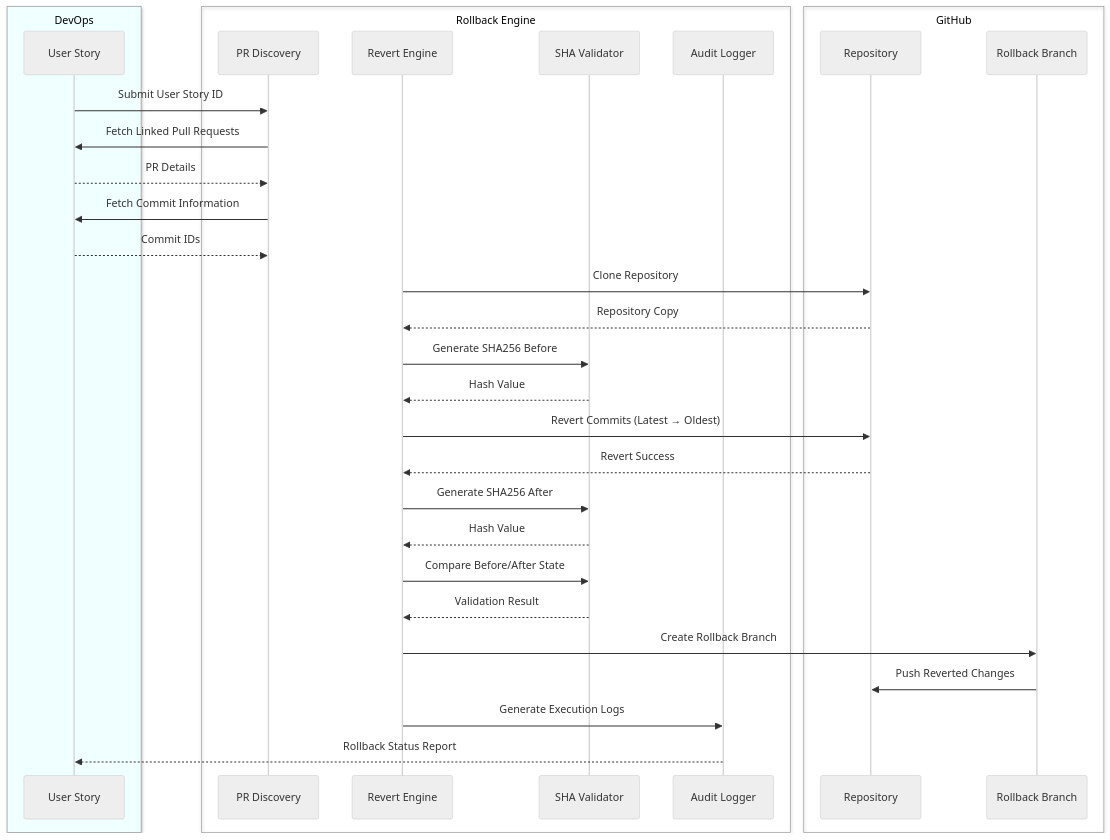
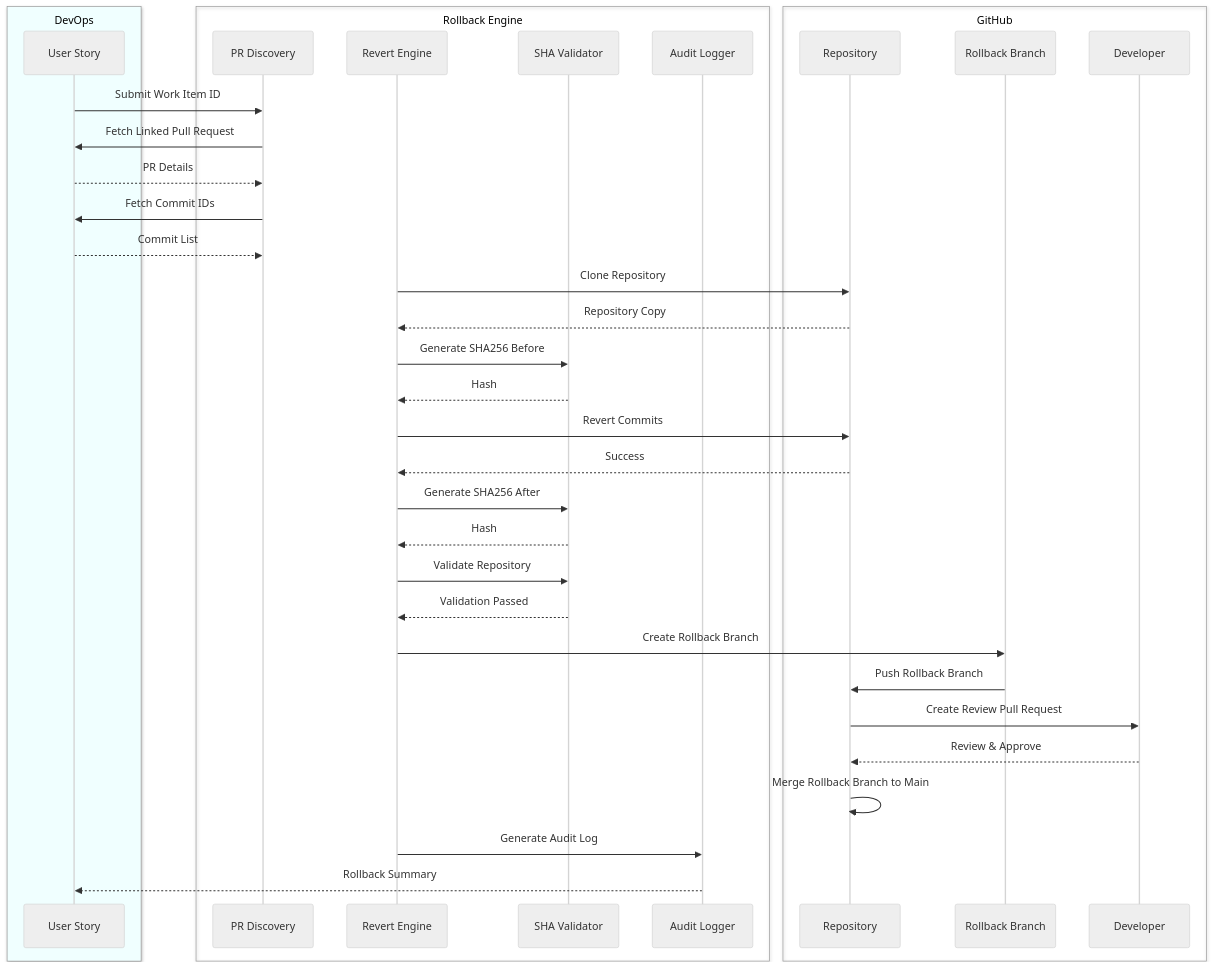
Before and after one commit to veereshveeruu/azure-rollback-engine-: the second of 2 diagrams in README.md, drawn with Mermaid (neutral theme). The commit also changed other lines of this file and 12 other files, not shown here.

````diff
--- a/README.md
+++ b/README.md
@@ -74,49 +74,55 @@
 ```mermaid
 sequenceDiagram
 
 box Azure DevOps
 participant ADO as User Story
 end
 
 box Rollback Engine
 participant PR as PR Discovery
 participant REV as Revert Engine
 participant SHA as SHA Validator
 participant LOG as Audit Logger
 end
 
 box GitHub
 participant GH as Repository
 participant RB as Rollback Branch
+participant DPR as Developer
 end
 
-ADO->>PR: Submit User Story ID
+ADO->>PR: Submit Work Item ID
 
-PR->>ADO: Fetch Linked Pull Requests
+PR->>ADO: Fetch Linked Pull Request
 ADO-->>PR: PR Details
 
-PR->>ADO: Fetch Commit Information
-ADO-->>PR: Commit IDs
+PR->>ADO: Fetch Commit IDs
+ADO-->>PR: Commit List
 
 REV->>GH: Clone Repository
 GH-->>REV: Repository Copy
 
 REV->>SHA: Generate SHA256 Before
-SHA-->>REV: Hash Value
+SHA-->>REV: Hash
 
-REV->>GH: Revert Commits (Latest → Oldest)
-GH-->>REV: Revert Success
+REV->>GH: Revert Commits
+GH-->>REV: Success
 
 REV->>SHA: Generate SHA256 After
-SHA-->>REV: Hash Value
+SHA-->>REV: Hash
 
-REV->>SHA: Compare Before/After State
-SHA-->>REV: Validation Result
+REV->>SHA: Validate Repository
+SHA-->>REV: Validation Passed
 
 REV->>RB: Create Rollback Branch
 
-RB->>GH: Push Reverted Changes
+RB->>GH: Push Rollback Branch
 
-REV->>LOG: Generate Execution Logs
-LOG-->>ADO: Rollback Status Report
+GH->>DPR: Create Review Pull Request
+DPR-->>GH: Review & Approve
+
+GH->>GH: Merge Rollback Branch to Main
+
+REV->>LOG: Generate Audit Log
+LOG-->>ADO: Rollback Summary
 ```
````
